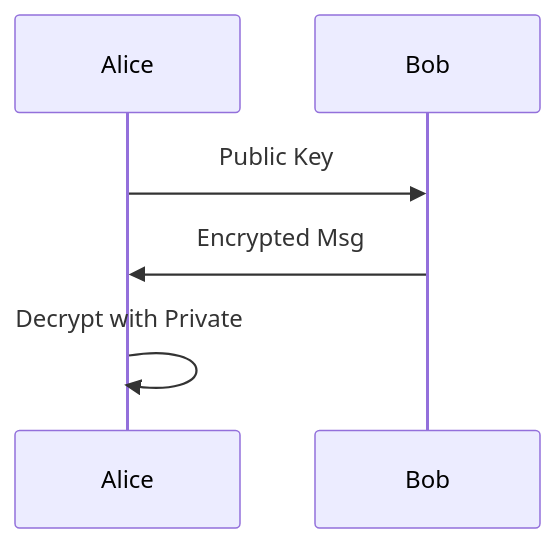
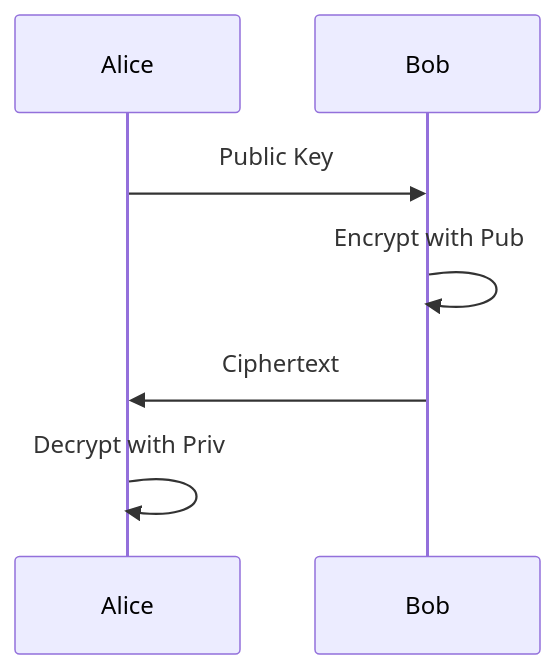
Before and after one commit to Ashutosh-Repos/cryptography: the ninth of 14 diagrams in README.md, drawn with Mermaid. The commit also changed other lines of this file, not shown here.

````diff
--- a/README.md
+++ b/README.md
@@ -206,6 +334,7 @@
 ```mermaid
 sequenceDiagram
     Alice->>Bob: Public Key
-    Bob->>Alice: Encrypted Msg
-    Alice->>Alice: Decrypt with Private
+    Bob->>Bob: Encrypt with Pub
+    Bob->>Alice: Ciphertext
+    Alice->>Alice: Decrypt with Priv
 ```
````
